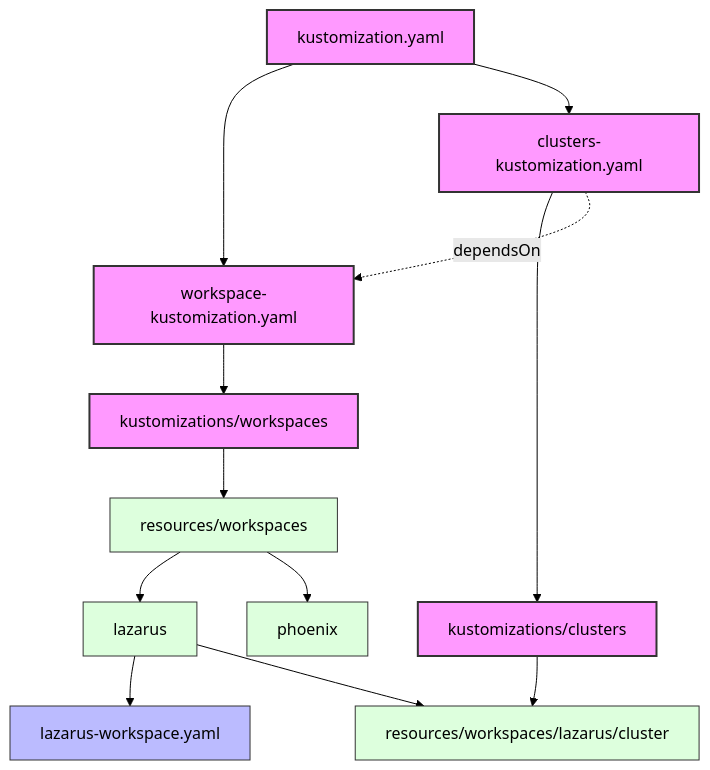
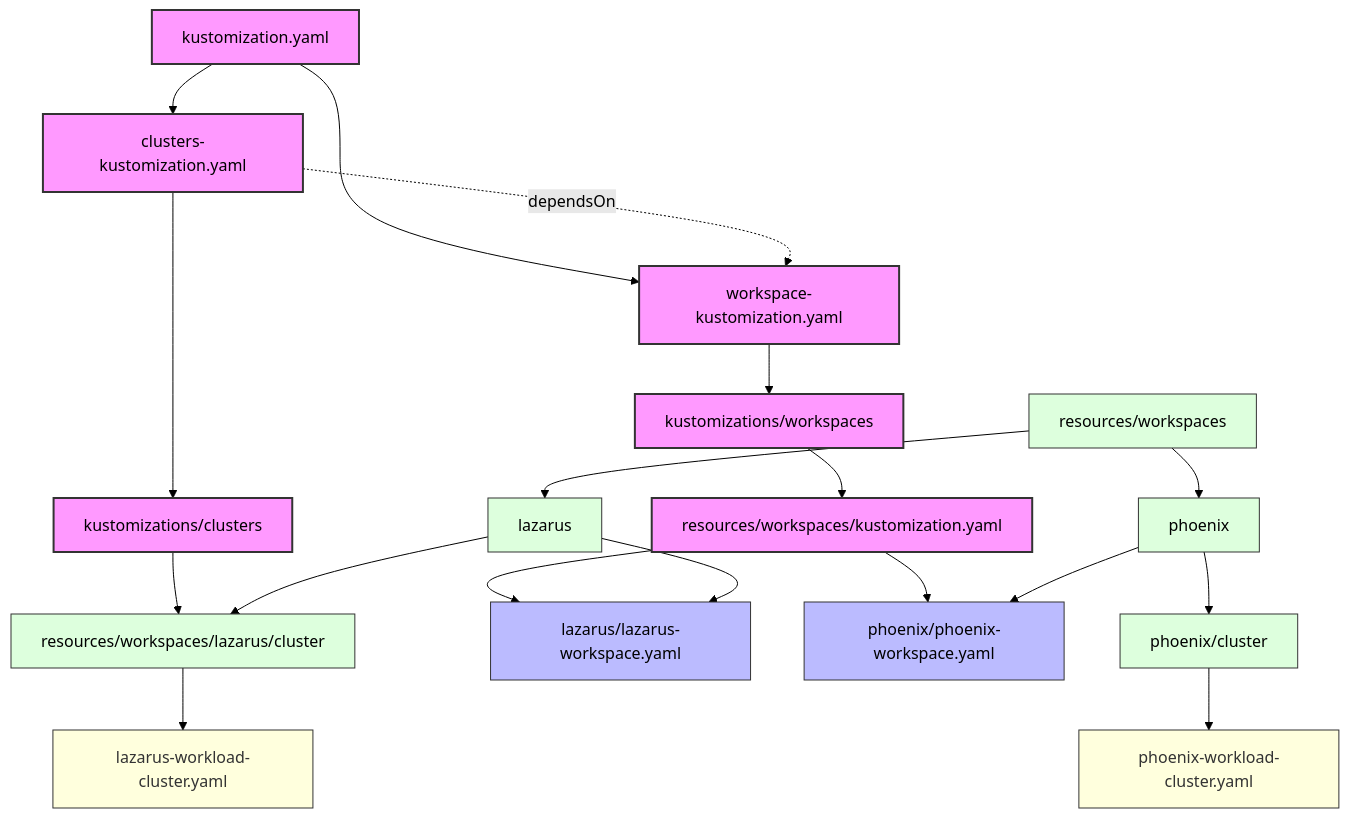
One commit to WinsonSou/lazarus-cluster-gitops-pro changed the diagram in README.md. Above: the diagram before and after it, drawn with Mermaid (forest theme). The commit also changed 12 other files, not shown here.

Commit message:
Add phoenix workspace and rename cluster manifests for consistency

````diff
--- a/README.md
+++ b/README.md
@@ -9,34 +9,48 @@
 ```mermaid
 graph TD
     %% Main kustomization files
     A[kustomization.yaml] --> B[workspace-kustomization.yaml]
     A --> C[clusters-kustomization.yaml]
     
     %% Workspace kustomization path
     B --> D[kustomizations/workspaces]
-    D --> E[resources/workspaces]
+    D --> E[resources/workspaces/kustomization.yaml]
     
     %% Clusters kustomization path
     C --> F[kustomizations/clusters]
     F --> G[resources/workspaces/lazarus/cluster]
     
     %% Dependency relationship
     C -.-> |dependsOn| B
     
-    %% Workspace resources
-    E --> H[lazarus]
-    E --> I[phoenix]
+    %% Resources kustomization
+    E --> WL[lazarus/lazarus-workspace.yaml]
+    E --> WP[phoenix/phoenix-workspace.yaml]
+    
+    %% Workspace directories
+    W[resources/workspaces] --> L[lazarus]
+    W --> P[phoenix]
     
     %% Lazarus workspace resources
-    H --> J[lazarus-workspace.yaml]
-    H --> G
+    L --> WL
+    L --> G
+    
+    %% Phoenix workspace resources
+    P --> WP
+    P --> PC[phoenix/cluster]
+    
+    %% Clusters content
+    G --> LC[lazarus-workload-cluster.yaml]
+    PC --> PCC[phoenix-workload-cluster.yaml]
     
     %% Styling
     classDef kustomization fill:#f9f,stroke:#333,stroke-width:2px
     classDef resource fill:#bbf,stroke:#333,stroke-width:1px
     classDef directory fill:#dfd,stroke:#333,stroke-width:1px
+    classDef cluster fill:#ffd,stroke:#333,stroke-width:1px
     
-    class A,B,C,D,F kustomization
-    class E,G,H,I directory
-    class J resource
+    class A,B,C,D,E,F kustomization
+    class W,L,P,G,PC directory
+    class WL,WP resource
+    class LC,PCC cluster
 ```
````
